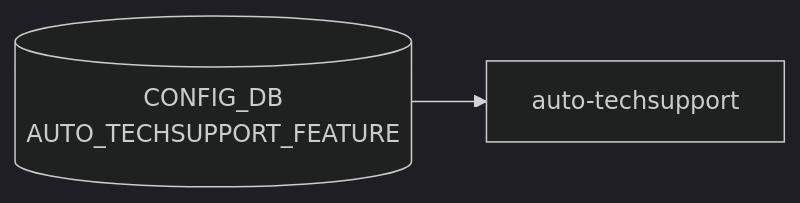
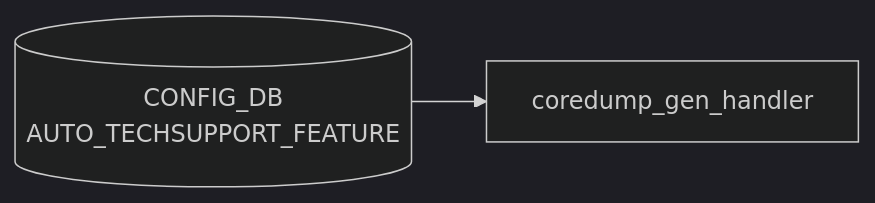
One commit to aoki-taquan/sonic-unofficial-docs changed the diagram in docs/reference/config-db/auto-techsupport-feature.md. Above: the diagram before and after it, drawn with Mermaid (dark theme). The commit also changed 16 other files, not shown here.

First line of the commit message:
chore(cdb-mermaid): add fallback dict for 27 unmapped tables → 121/121

````diff
--- a/docs/reference/config-db/auto-techsupport-feature.md
+++ b/docs/reference/config-db/auto-techsupport-feature.md
@@ -31,6 +31,6 @@
 ```mermaid
 flowchart LR
   CDB[("CONFIG_DB<br/>AUTO_TECHSUPPORT_FEATURE")]
-  DM["auto-techsupport"]
+  DM["coredump_gen_handler"]
   CDB --> DM
 ```
````
